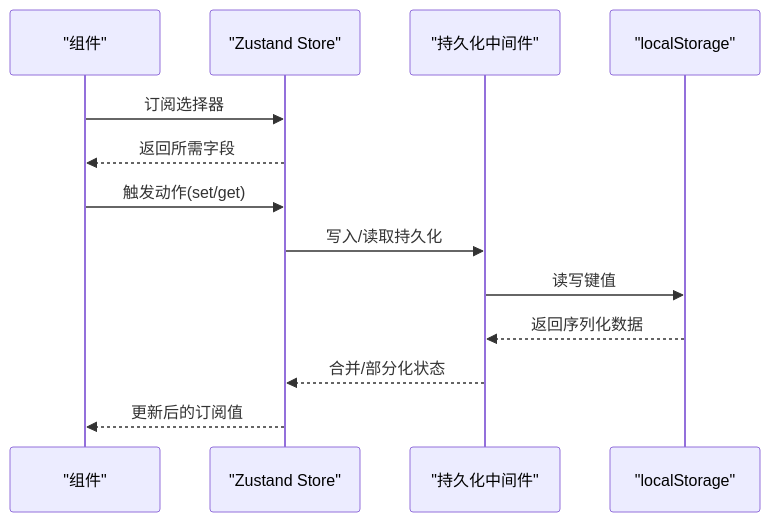
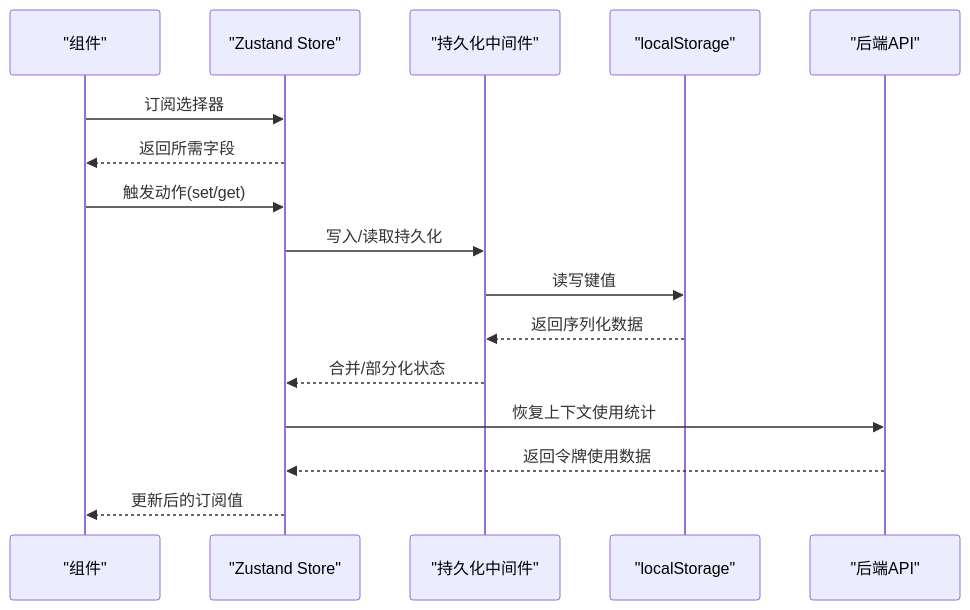
The second of 7 diagrams in .qoder/repowiki/zh/content/前端应用架构/状态管理/状态管理.md (KunLabAI/KunFlix), drawn with Mermaid before and after one commit. The commit also changed other lines of this file and 4 other files, not shown here.

````diff
--- a/.qoder/repowiki/zh/content/前端应用架构/状态管理/状态管理.md
+++ b/.qoder/repowiki/zh/content/前端应用架构/状态管理/状态管理.md
@@ -93,15 +111,18 @@
 ```mermaid
 sequenceDiagram
 participant C as "组件"
 participant S as "Zustand Store"
 participant P as "持久化中间件"
 participant L as "localStorage"
+participant B as "后端API"
 C->>S : 订阅选择器
 S-->>C : 返回所需字段
 C->>S : 触发动作(set/get)
 S->>P : 写入/读取持久化
 P->>L : 读写键值
 L-->>P : 返回序列化数据
 P-->>S : 合并/部分化状态
+S->>B : 恢复上下文使用统计
+B-->>S : 返回令牌使用数据
 S-->>C : 更新后的订阅值
 ```
````
